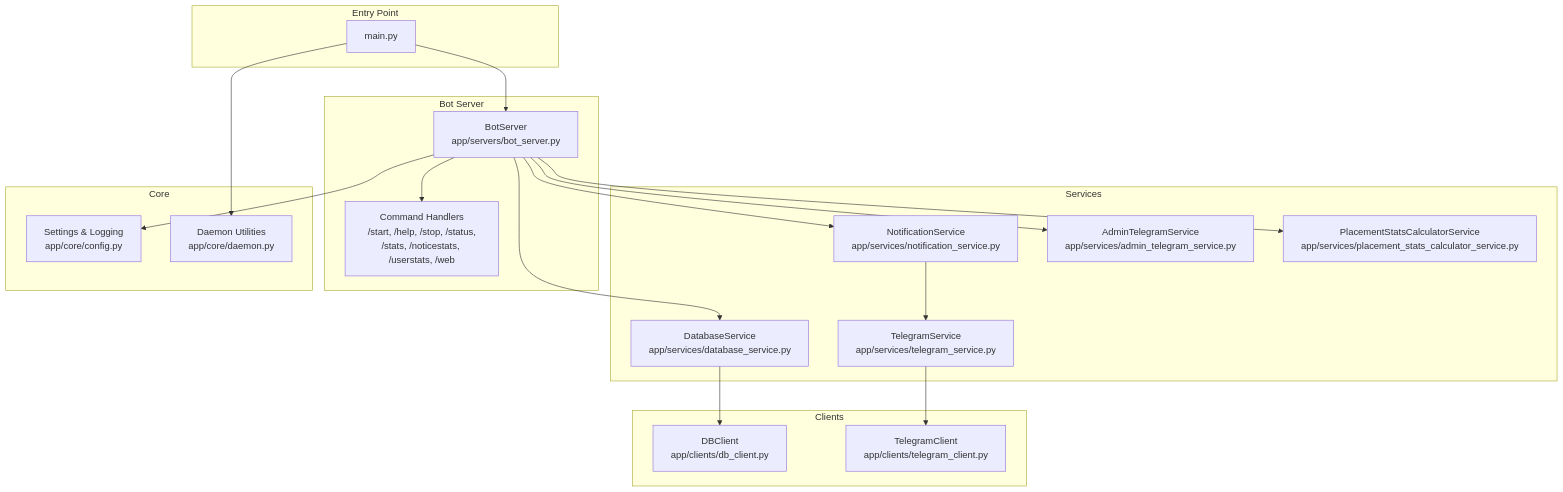
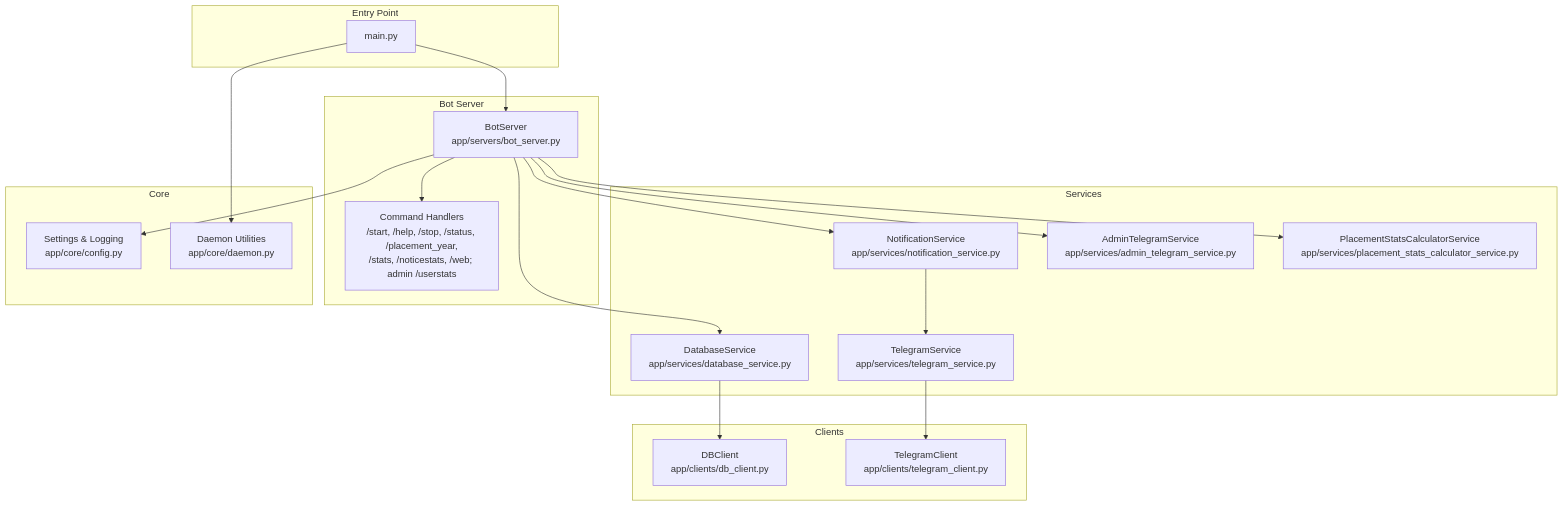
The first of 8 diagrams in src/data/docs/jiit-placement-alerts/Server Components/Telegram Bot Server.md (tashifkhan/tashif.codes), drawn with Mermaid before and after one commit. The commit also changed other lines of this file and 2128 other files, not shown here.

First line of the commit message:
docs: replace raster diagram images with native Mermaid across project guides

````diff
--- a/src/data/docs/jiit-placement-alerts/Server Components/Telegram Bot Server.md
+++ b/src/data/docs/jiit-placement-alerts/Server Components/Telegram Bot Server.md
@@ -9,36 +9,36 @@
 ```mermaid
 graph TB
 subgraph "Entry Point"
 MAIN["main.py"]
 end
 subgraph "Bot Server"
 BOT["BotServer<br/>app/servers/bot_server.py"]
-HANDLERS["Command Handlers<br/>/start, /help, /stop, /status,<br/>/stats, /noticestats, /userstats, /web"]
+HANDLERS["Command Handlers<br/>/start, /help, /stop, /status, /placement_year,<br/>/stats, /noticestats, /web; admin /userstats"]
 end
 subgraph "Services"
 DB["DatabaseService<br/>app/services/database_service.py"]
 NOTIF["NotificationService<br/>app/services/notification_service.py"]
 TELEGRAM["TelegramService<br/>app/services/telegram_service.py"]
 ADMIN["AdminTelegramService<br/>app/services/admin_telegram_service.py"]
 STATS["PlacementStatsCalculatorService<br/>app/services/placement_stats_calculator_service.py"]
 end
 subgraph "Clients"
 DBC["DBClient<br/>app/clients/db_client.py"]
 TGCLI["TelegramClient<br/>app/clients/telegram_client.py"]
 end
 subgraph "Core"
 CFG["Settings & Logging<br/>app/core/config.py"]
 DMN["Daemon Utilities<br/>app/core/daemon.py"]
 end
 MAIN --> BOT
 BOT --> HANDLERS
 BOT --> DB
 BOT --> NOTIF
 BOT --> ADMIN
 BOT --> STATS
 DB --> DBC
 NOTIF --> TELEGRAM
 TELEGRAM --> TGCLI
 BOT --> CFG
 MAIN --> DMN
 ```
````
